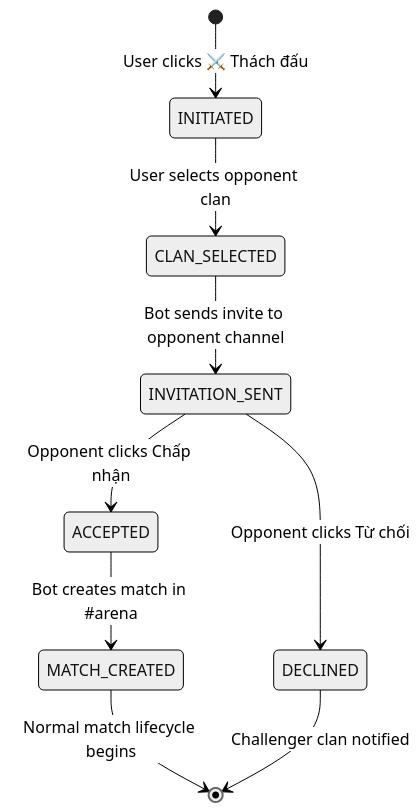
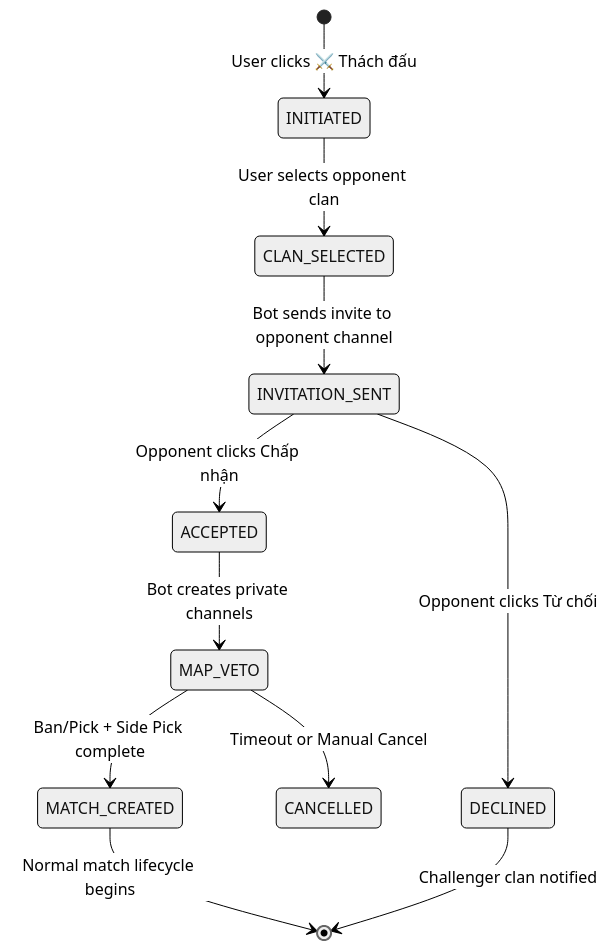
The sixth of 6 diagrams in STATES.md (MonsieurNikko/ClanVXT), drawn with Mermaid (neutral theme) before and after one commit. The commit also changed other lines of this file and 7 other files, not shown here.

````diff
--- a/STATES.md
+++ b/STATES.md
@@ -110,11 +111,13 @@
 ```mermaid
 stateDiagram-v2
     [*] --> INITIATED: User clicks ⚔️ Thách đấu
     INITIATED --> CLAN_SELECTED: User selects opponent clan
     CLAN_SELECTED --> INVITATION_SENT: Bot sends invite to opponent channel
     INVITATION_SENT --> ACCEPTED: Opponent clicks Chấp nhận
     INVITATION_SENT --> DECLINED: Opponent clicks Từ chối
-    ACCEPTED --> MATCH_CREATED: Bot creates match in #arena
+    ACCEPTED --> MAP_VETO: Bot creates private channels
+    MAP_VETO --> MATCH_CREATED: Ban/Pick + Side Pick complete
+    MAP_VETO --> CANCELLED: Timeout or Manual Cancel
     MATCH_CREATED --> [*]: Normal match lifecycle begins
     DECLINED --> [*]: Challenger clan notified
 ```
````
